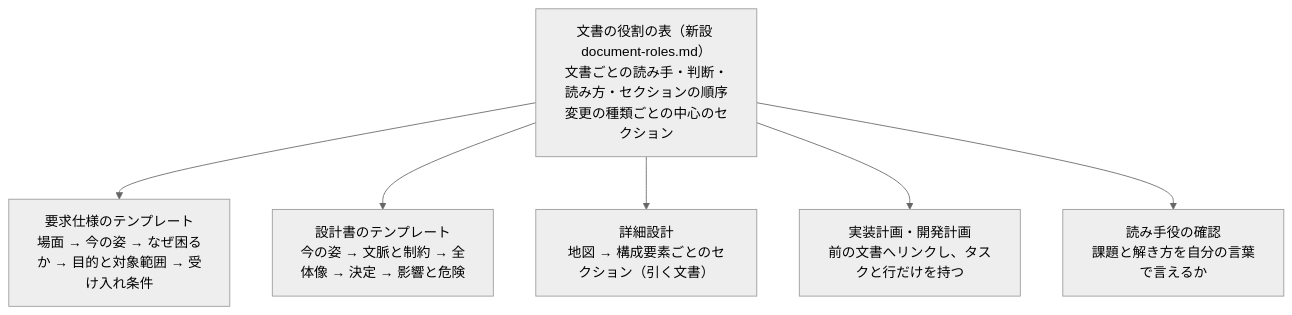
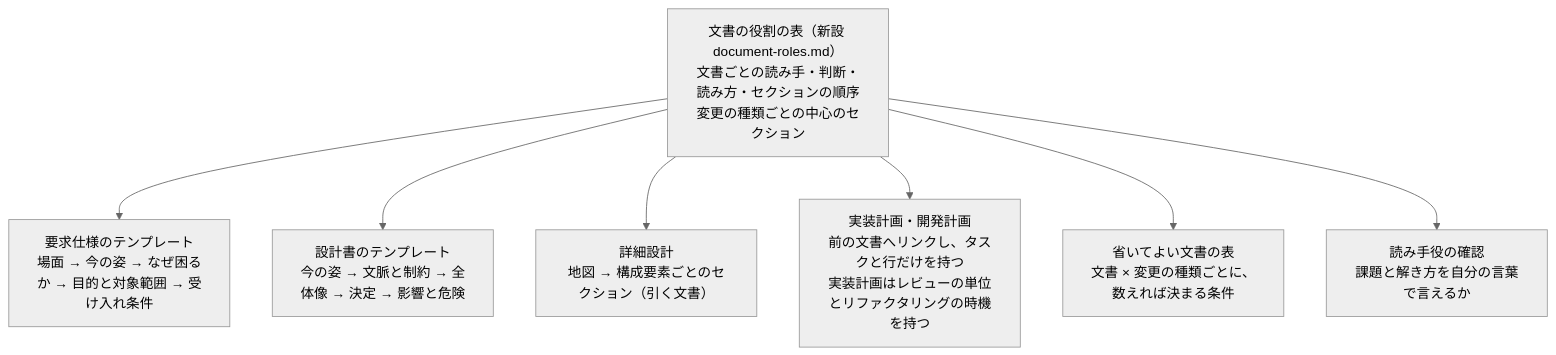
The second of 2 diagrams in issues/issue-3868-design.md (devbasex/ai-plugins), drawn with Mermaid (neutral theme) before and after one commit. The commit also changed other lines of this file and 4 other files, not shown here.

````diff
--- a/issues/issue-3868-design.md
+++ b/issues/issue-3868-design.md
@@ -45,9 +45,10 @@
 ```mermaid
 graph TB
   ROLES["文書の役割の表（新設 document-roles.md）<br/>文書ごとの読み手・判断・読み方・セクションの順序<br/>変更の種類ごとの中心のセクション"]
   ROLES --> SPEC["要求仕様のテンプレート<br/>場面 → 今の姿 → なぜ困るか → 目的と対象範囲 → 受け入れ条件"]
   ROLES --> DES["設計書のテンプレート<br/>今の姿 → 文脈と制約 → 全体像 → 決定 → 影響と危険"]
   ROLES --> DET["詳細設計<br/>地図 → 構成要素ごとのセクション（引く文書）"]
-  ROLES --> PLAN["実装計画・開発計画<br/>前の文書へリンクし、タスクと行だけを持つ"]
+  ROLES --> PLAN["実装計画・開発計画<br/>前の文書へリンクし、タスクと行だけを持つ<br/>実装計画はレビューの単位とリファクタリングの時機を持つ"]
+  ROLES --> OMIT["省いてよい文書の表<br/>文書 × 変更の種類ごとに、数えれば決まる条件"]
   ROLES --> RBK["読み手役の確認<br/>課題と解き方を自分の言葉で言えるか"]
 ```
````
